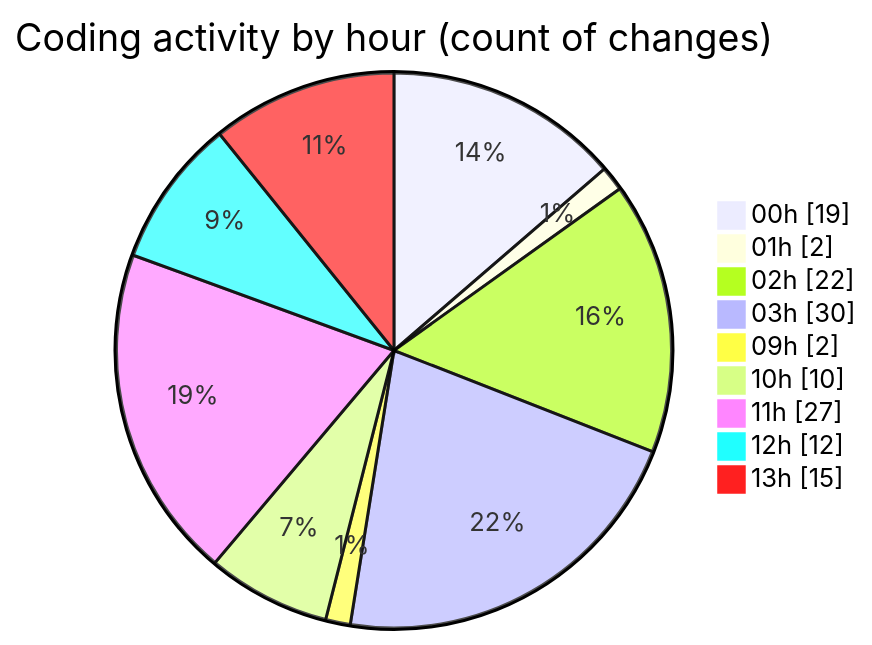
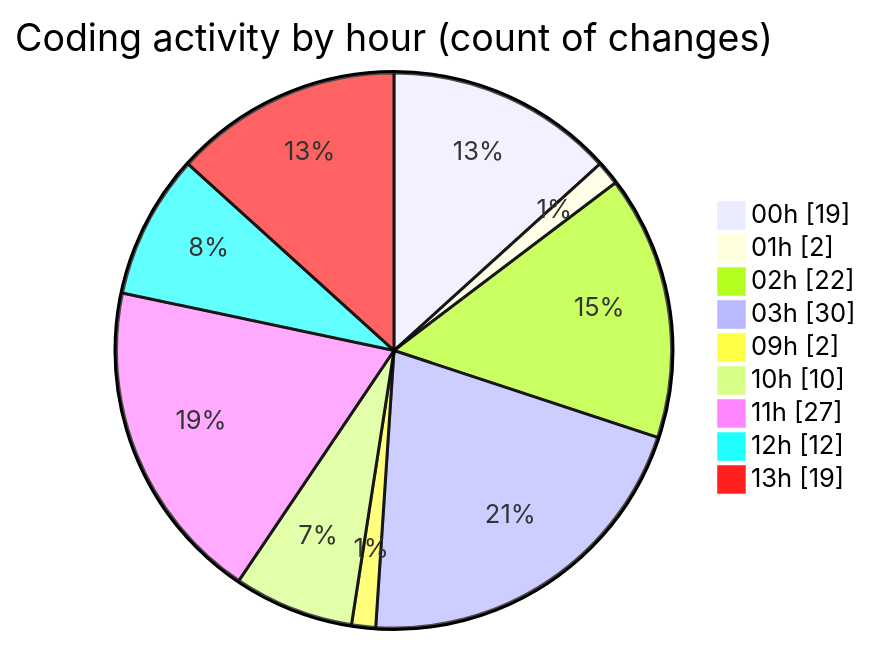
Before and after one commit to julien-gomy/code-tracking: the second of 2 diagrams in 2025-10-21/eventscop-frontend-guide__workspace_/README.md, drawn with Mermaid. The commit also changed other lines of this file and 1 other file, not shown here.

````diff
--- a/2025-10-21/eventscop-frontend-guide__workspace_/README.md
+++ b/2025-10-21/eventscop-frontend-guide__workspace_/README.md
@@ -54,13 +55,13 @@
 ```mermaid
 pie showData
 title Coding activity by hour (count of changes)
 "00h" : 19
 "01h" : 2
 "02h" : 22
 "03h" : 30
 "09h" : 2
 "10h" : 10
 "11h" : 27
 "12h" : 12
-"13h" : 15
+"13h" : 19
 ```
````
